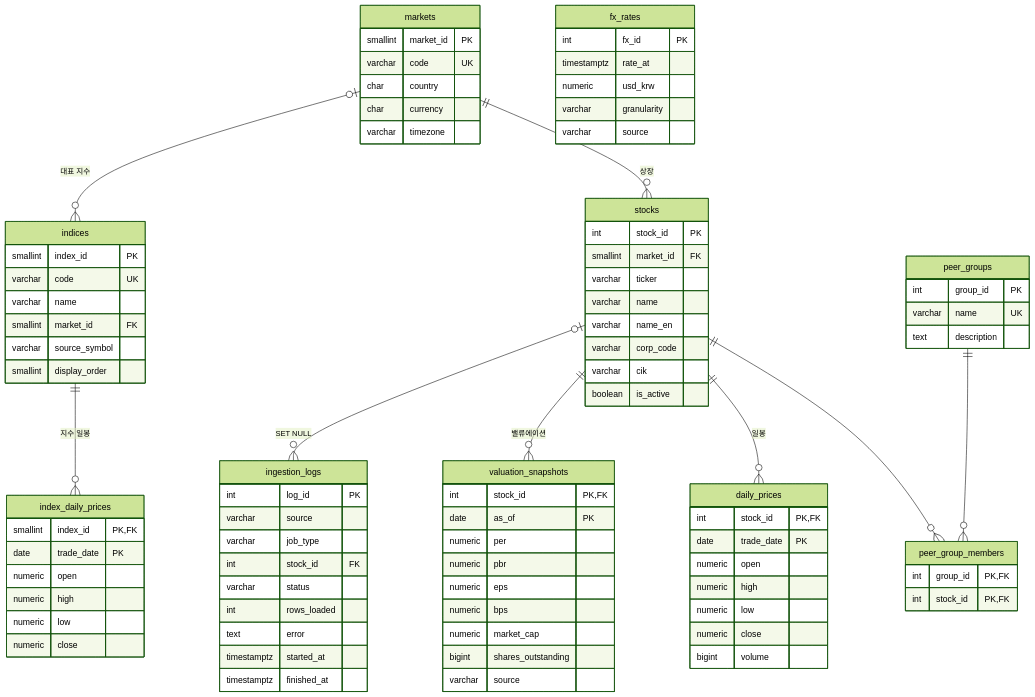
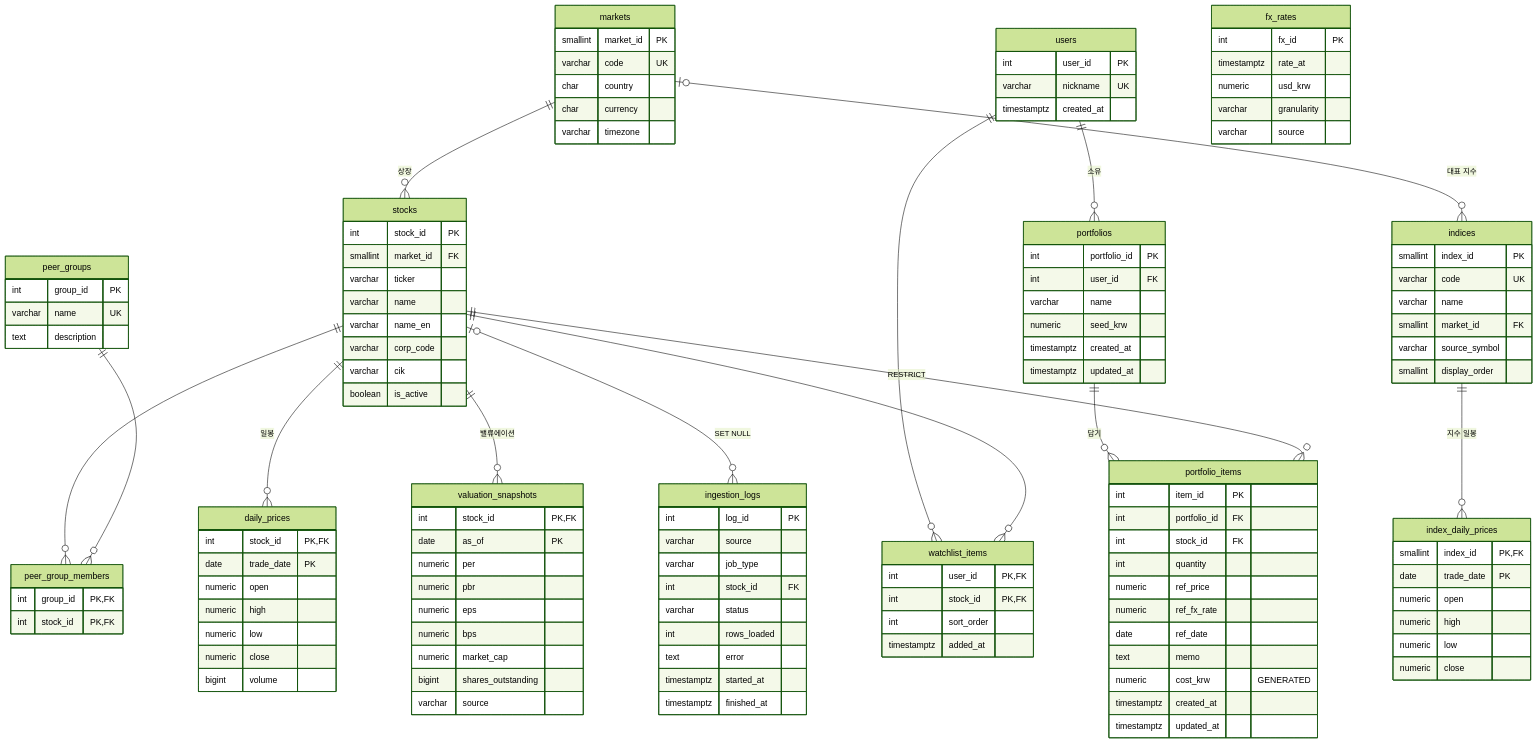
One commit to Hunseokc/ax_class_semiproject changed the diagram in docs/05_ERD_및_DB설계서.md. Above: the diagram before and after it, drawn with Mermaid (forest theme). The commit also changed other lines of this file and 1 other file, not shown here.

````diff
--- a/docs/05_ERD_및_DB설계서.md
+++ b/docs/05_ERD_및_DB설계서.md
@@ -20,6 +20,11 @@
     stocks ||--o{ valuation_snapshots : "밸류에이션"
     indices ||--o{ index_daily_prices : "지수 일봉"
     stocks |o--o{ ingestion_logs : "SET NULL"
+    users ||--o{ watchlist_items : ""
+    stocks ||--o{ watchlist_items : ""
+    users ||--o{ portfolios : "소유"
+    portfolios ||--o{ portfolio_items : "담기"
+    stocks ||--o{ portfolio_items : "RESTRICT"
 
     markets {
         smallint market_id PK
@@ -101,4 +106,36 @@
         timestamptz started_at
         timestamptz finished_at
     }
+    users {
+        int user_id PK
+        varchar nickname UK
+        timestamptz created_at
+    }
+    watchlist_items {
+        int user_id PK,FK
+        int stock_id PK,FK
+        int sort_order
+        timestamptz added_at
+    }
+    portfolios {
+        int portfolio_id PK
+        int user_id FK
+        varchar name
+        numeric seed_krw
+        timestamptz created_at
+        timestamptz updated_at
+    }
+    portfolio_items {
+        int item_id PK
+        int portfolio_id FK
+        int stock_id FK
+        int quantity
+        numeric ref_price
+        numeric ref_fx_rate
+        date ref_date
+        text memo
+        numeric cost_krw "GENERATED"
+        timestamptz created_at
+        timestamptz updated_at
+    }
 ```
````
